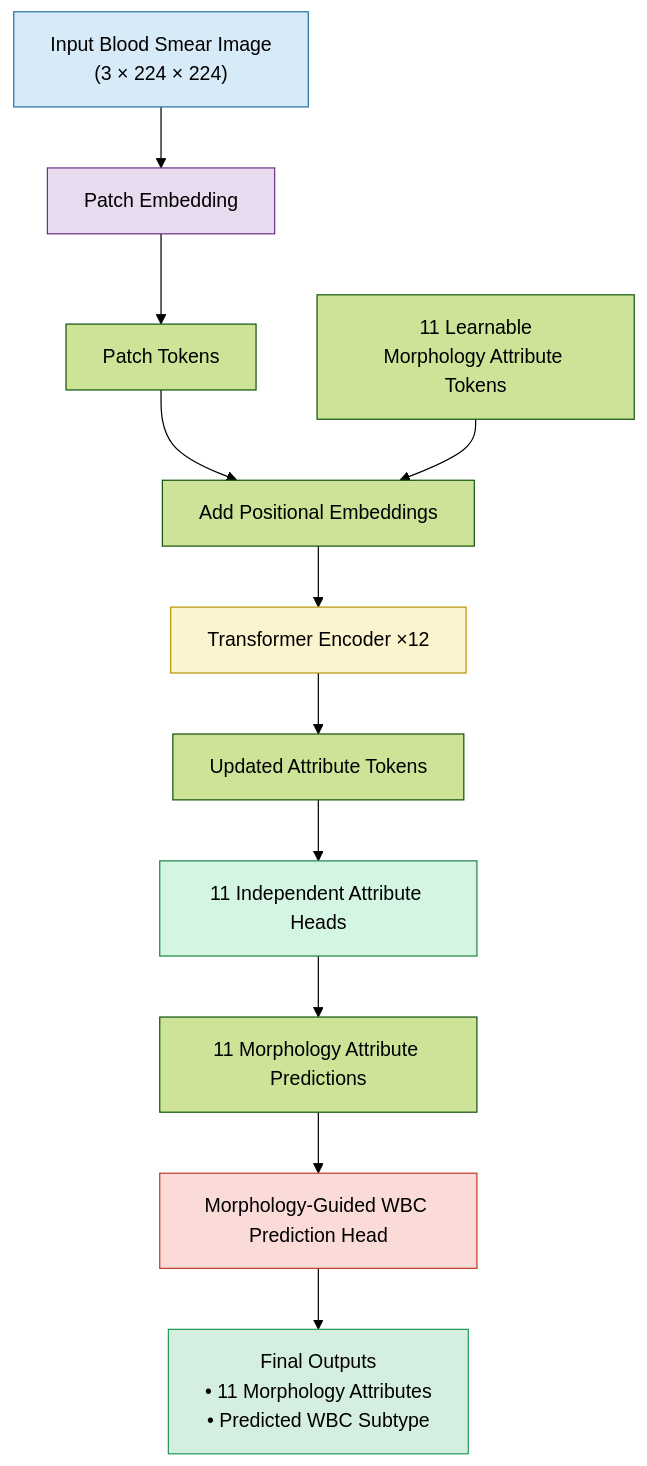
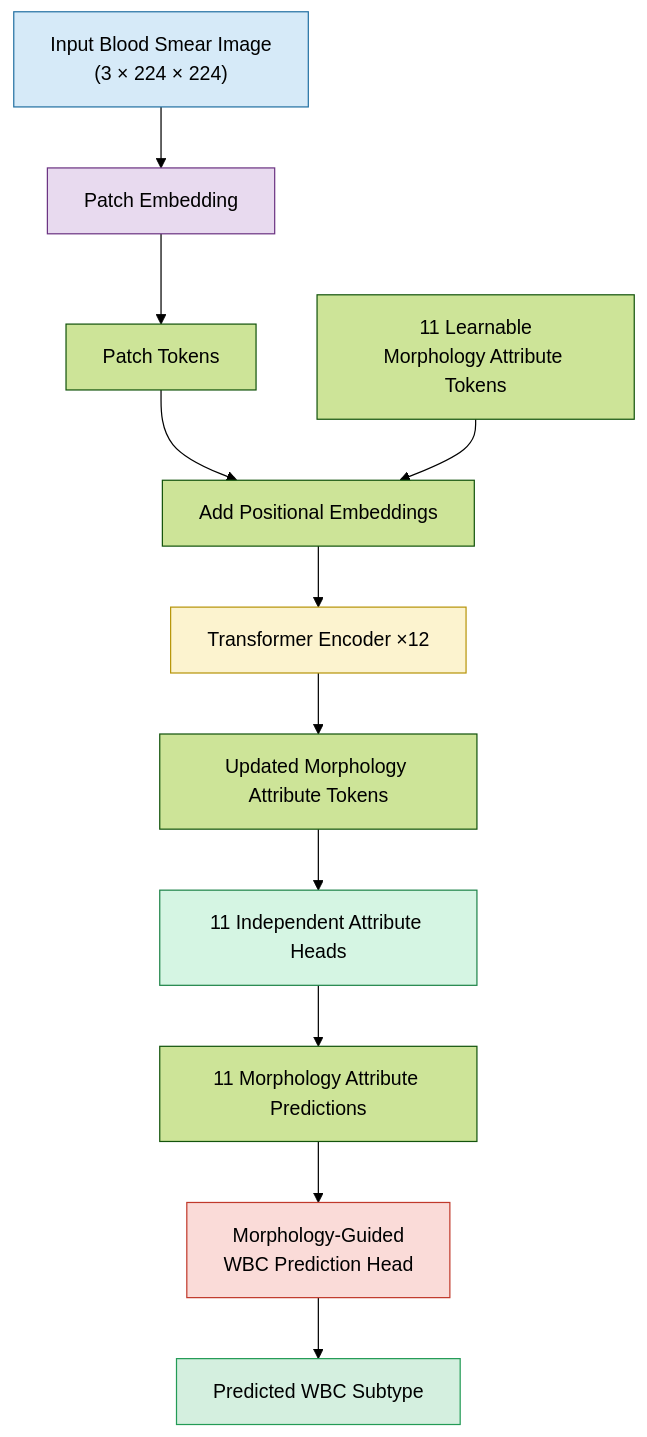
Before and after one commit to fassi182/WBC_Morphology_Analysis_with_a_MAL_ViT_Inspired_Architecture: the second of 8 diagrams in README.md, drawn with Mermaid (forest theme). The commit also changed other lines of this file, not shown here.

````diff
--- a/README.md
+++ b/README.md
@@ -160,43 +160,43 @@
 ```mermaid
 flowchart TB
 
 IMG["Input Blood Smear Image<br/>(3 × 224 × 224)"]
 
 PATCH["Patch Embedding"]
 
 PATCHTOKENS["Patch Tokens"]
 
 ATTR["11 Learnable<br/>Morphology Attribute Tokens"]
 
 POS["Add Positional Embeddings"]
 
 ENC["Transformer Encoder ×12"]
 
-UPDATED["Updated Attribute Tokens"]
+UPDATED["Updated Morphology Attribute Tokens"]
 
 HEADS["11 Independent Attribute Heads"]
 
 ATTRPRED["11 Morphology Attribute Predictions"]
 
-CLS["Morphology-Guided WBC Prediction Head"]
+WBCHEAD["Morphology-Guided<br/>WBC Prediction Head"]
 
-OUT["Final Outputs<br/>• 11 Morphology Attributes<br/>• Predicted WBC Subtype"]
+OUT["Predicted WBC Subtype"]
 
 IMG --> PATCH
 PATCH --> PATCHTOKENS
 PATCHTOKENS --> POS
 ATTR --> POS
 POS --> ENC
 ENC --> UPDATED
 UPDATED --> HEADS
 HEADS --> ATTRPRED
-ATTRPRED --> CLS
-CLS --> OUT
+ATTRPRED --> WBCHEAD
+WBCHEAD --> OUT
 
 style IMG fill:#D6EAF8,stroke:#2471A3,color:#000
 style PATCH fill:#E8DAEF,stroke:#6C3483,color:#000
 style ENC fill:#FCF3CF,stroke:#B7950B,color:#000
 style HEADS fill:#D5F5E3,stroke:#1E8449,color:#000
-style CLS fill:#FADBD8,stroke:#C0392B,color:#000
+style WBCHEAD fill:#FADBD8,stroke:#C0392B,color:#000
 style OUT fill:#D4EFDF,stroke:#239B56,color:#000
 ```
````
